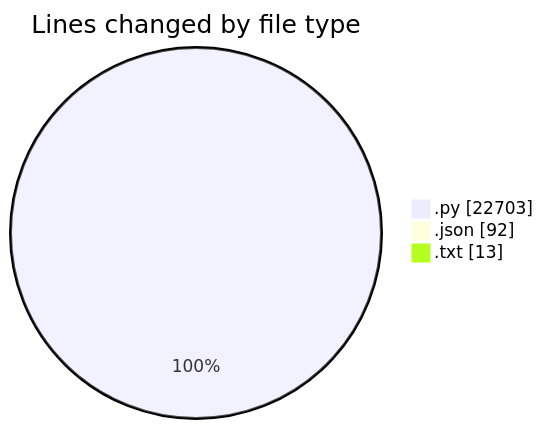
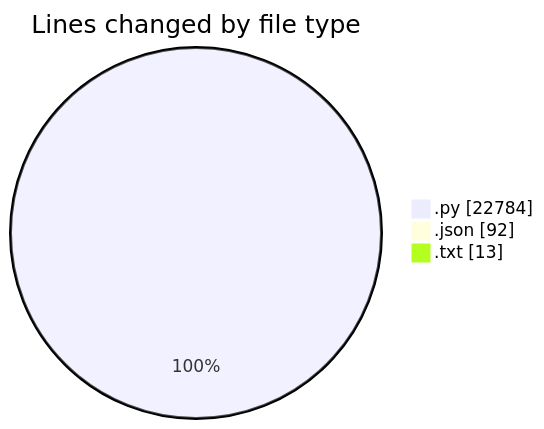
The first of 2 diagrams in 2025-07-13/telebot/README.md (jrari/code-tracking), drawn with Mermaid before and after one commit. The commit also changed other lines of this file and 1 other file, not shown here.

````diff
--- a/2025-07-13/telebot/README.md
+++ b/2025-07-13/telebot/README.md
@@ -57,7 +57,7 @@
 ```mermaid
 pie showData
 title Lines changed by file type
-".py" : 22703
+".py" : 22784
 ".json" : 92
 ".txt" : 13
 ```
````
